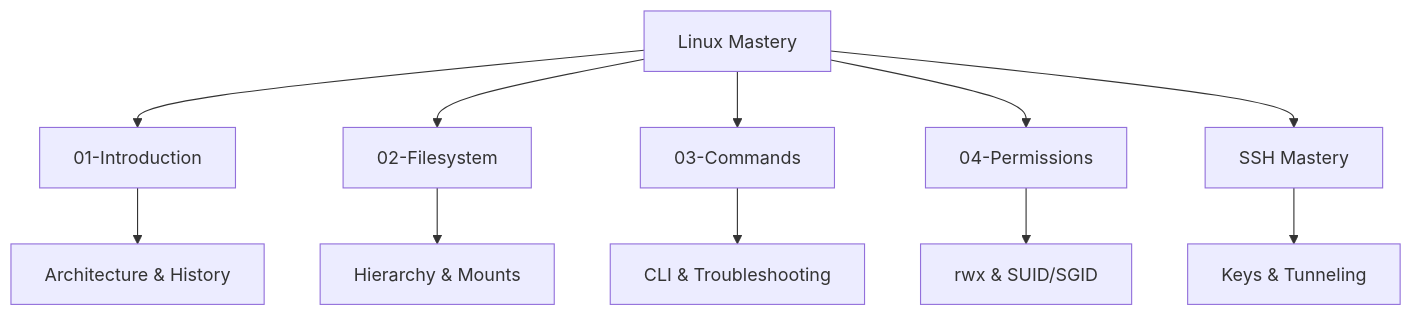
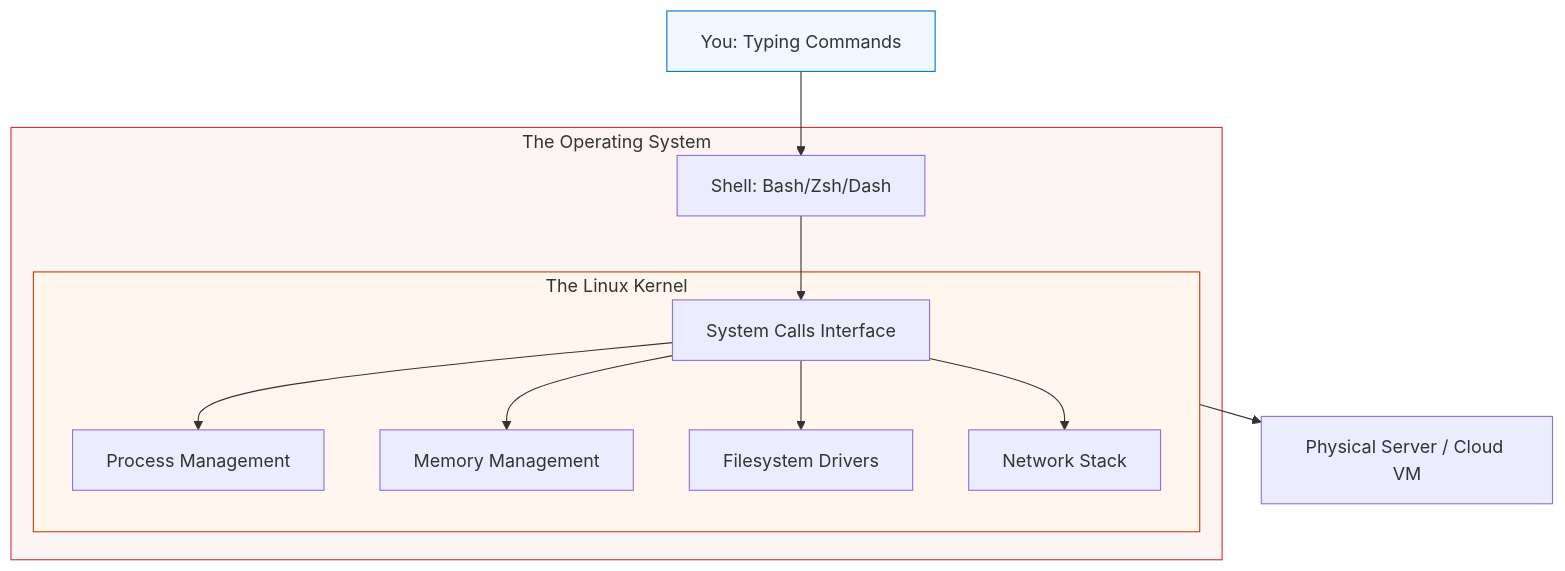
The diagram in 1-Beginner/01-Phase-1/02-Linux/README.md (Ganil151/Devops), drawn with Mermaid before and after one commit. The commit also changed other lines of this file and 230 other files, not shown here.

````diff
--- a/1-Beginner/01-Phase-1/02-Linux/README.md
+++ b/1-Beginner/01-Phase-1/02-Linux/README.md
@@ -11,14 +61,21 @@
 ```mermaid
-graph TD
-    L[Linux Mastery] --> I[01-Introduction]
-    L --> F[02-Filesystem]
-    L --> C[03-Commands]
-    L --> P[04-Permissions]
-    L --> S[SSH Mastery]
-
-    I --> I1[Architecture & History]
-    F --> F1[Hierarchy & Mounts]
-    C --> C1[CLI & Troubleshooting]
-    P --> P1[rwx & SUID/SGID]
-    S --> S1[Keys & Tunneling]
+flowchart TD
+    User[You: Typing Commands] --> Shell[Shell: Bash/Zsh/Dash]
+    
+    subgraph OS_Core[The Operating System]
+        Shell --> System_Calls[System Calls Interface]
+        
+        subgraph Kernel[The Linux Kernel]
+            System_Calls --> Proc[Process Management]
+            System_Calls --> Mem[Memory Management]
+            System_Calls --> Disk[Filesystem Drivers]
+            System_Calls --> Net[Network Stack]
+        end
+    end
+    
+    Kernel --> Hardware[Physical Server / Cloud VM]
+    
+    style User fill:#f0f7ff,stroke:#0078d4
+    style OS_Core fill:#fdf4f4,stroke:#d13438
+    style Kernel fill:#fff7ed,stroke:#c2410c
 ```
````
